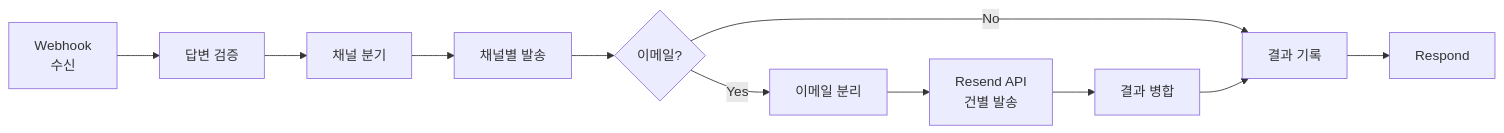
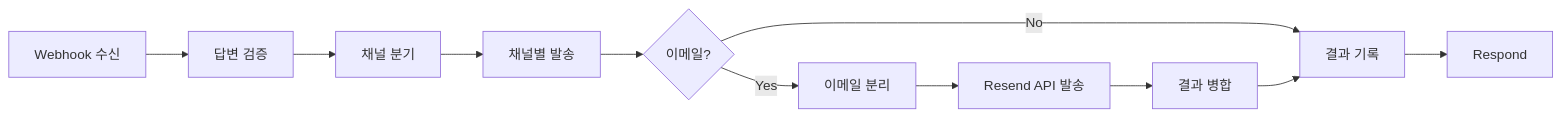
Before and after one commit to ASNGG/cafe24-demo: diagram 11 of 14 in portfolio/PORTFOLIO.md, drawn with Mermaid. The commit also changed other lines of this file, not shown here.

First line of the commit message:
docs: PORTFOLIO.md 스타일 개선 및 Mermaid 다이어그램 최적화

````diff
--- a/portfolio/PORTFOLIO.md
+++ b/portfolio/PORTFOLIO.md
@@ -466,13 +526,13 @@
 ```mermaid
 flowchart LR
-    W1["Webhook<br/>수신"] --> W2["답변 검증"]
+    W1["Webhook 수신"] --> W2["답변 검증"]
     W2 --> W3["채널 분기"]
     W3 --> W4["채널별 발송"]
     W4 --> W5{"이메일?"}
     W5 -->|Yes| W6["이메일 분리"]
-    W6 --> W7["Resend API<br/>건별 발송"]
+    W6 --> W7["Resend API 발송"]
     W7 --> W8["결과 병합"]
     W5 -->|No| W9["결과 기록"]
     W8 --> W9
     W9 --> W10["Respond"]
 ```
````
